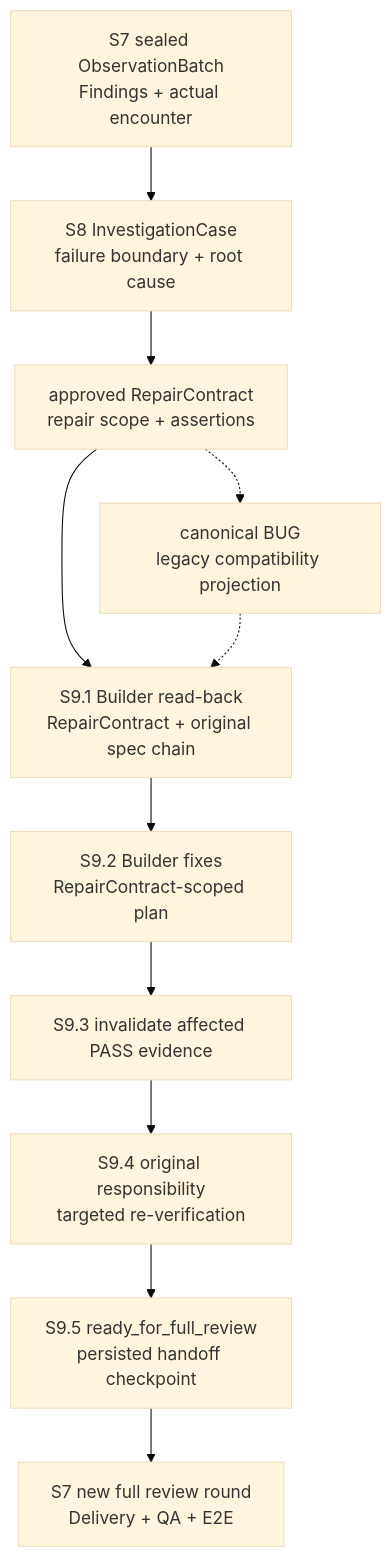
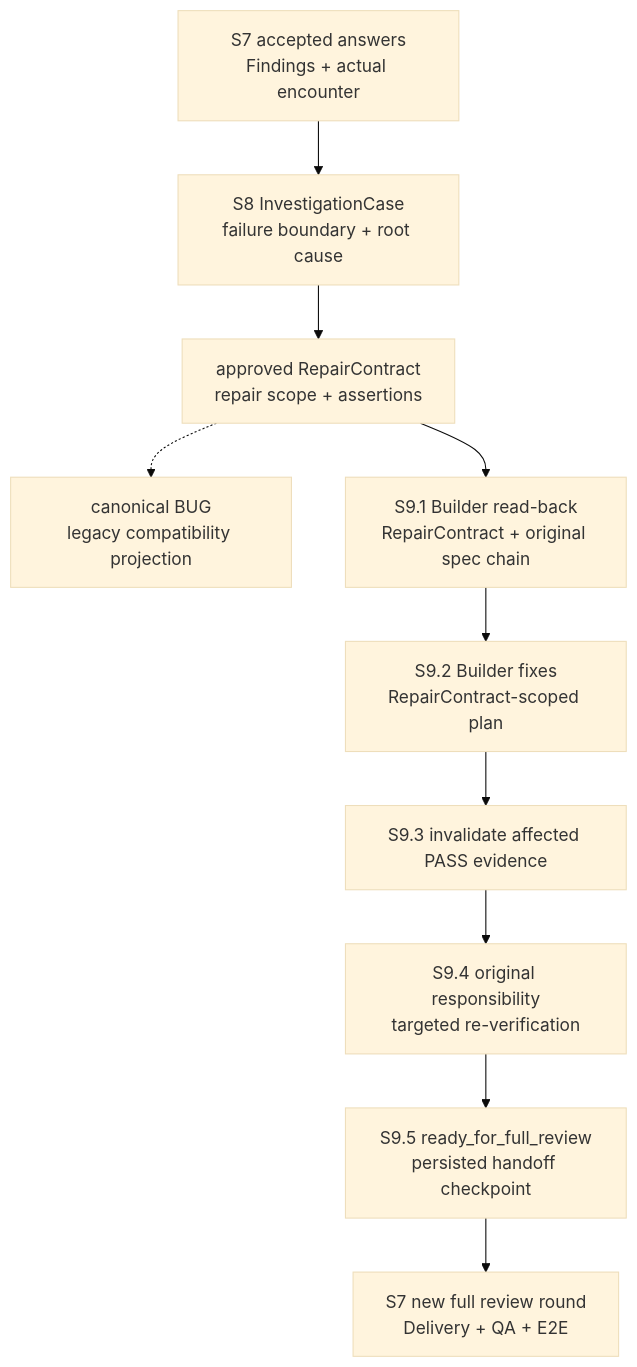
The second of 2 diagrams in docs/control/agent-protocol.md (entroforge/go-system-builder), drawn with Mermaid (base theme) before and after one commit. The commit also changed other lines of this file and 1694 other files, not shown here.

````diff
--- a/docs/control/agent-protocol.md
+++ b/docs/control/agent-protocol.md
@@ -603,17 +588,16 @@
   ```mermaid
   flowchart TD
-      FINDING["S7 sealed ObservationBatch<br/>Findings + actual encounter"]
+      FINDING["S7 accepted answers<br/>Findings + actual encounter"]
       INVESTIGATE["S8 InvestigationCase<br/>failure boundary + root cause"]
       CONTRACT["approved RepairContract<br/>repair scope + assertions"]
       BUG["canonical BUG<br/>legacy compatibility projection"]
       READBACK["S9.1 Builder read-back<br/>RepairContract + original spec chain"]
       FIX["S9.2 Builder fixes<br/>RepairContract-scoped plan"]
       INVALIDATE["S9.3 invalidate affected PASS evidence"]
       TARGET["S9.4 original responsibility<br/>targeted re-verification"]
       HANDOFF["S9.5 ready_for_full_review<br/>persisted handoff checkpoint"]
       REVIEW["S7 new full review round<br/>Delivery + QA + E2E"]
 
       FINDING --> INVESTIGATE --> CONTRACT --> READBACK --> FIX --> INVALIDATE --> TARGET --> HANDOFF --> REVIEW
       CONTRACT -.-> BUG
-      BUG -.-> READBACK
   ```
````
